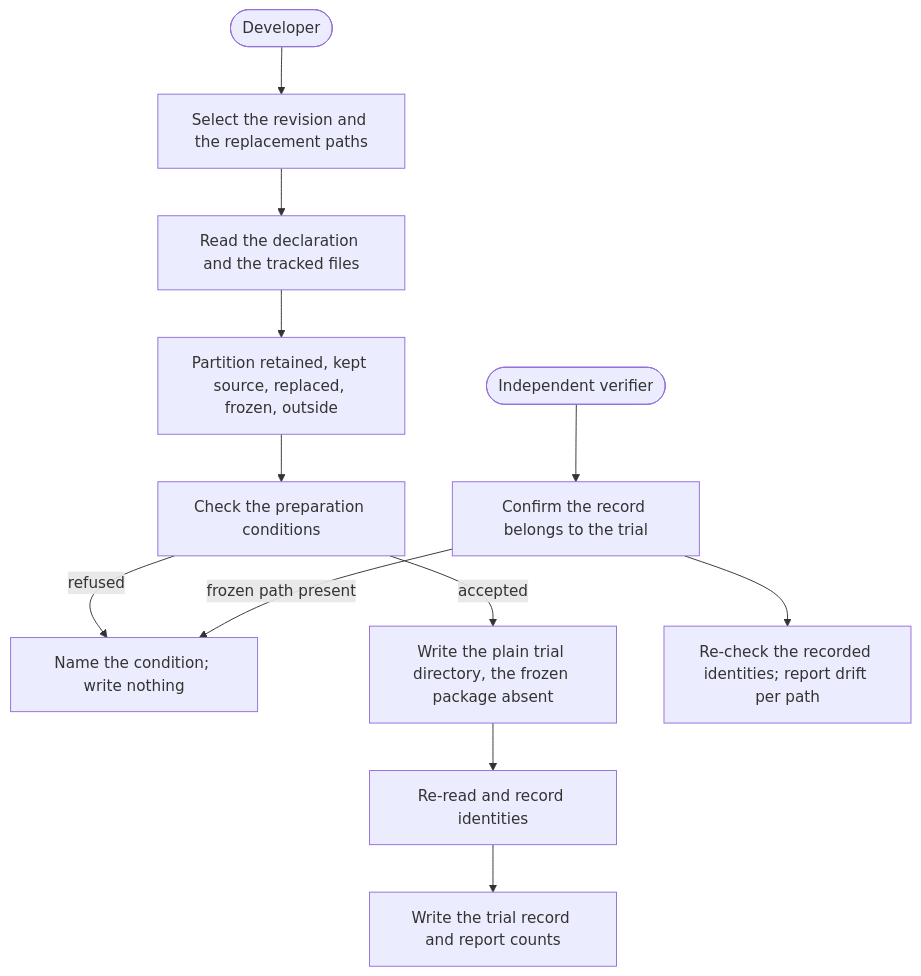
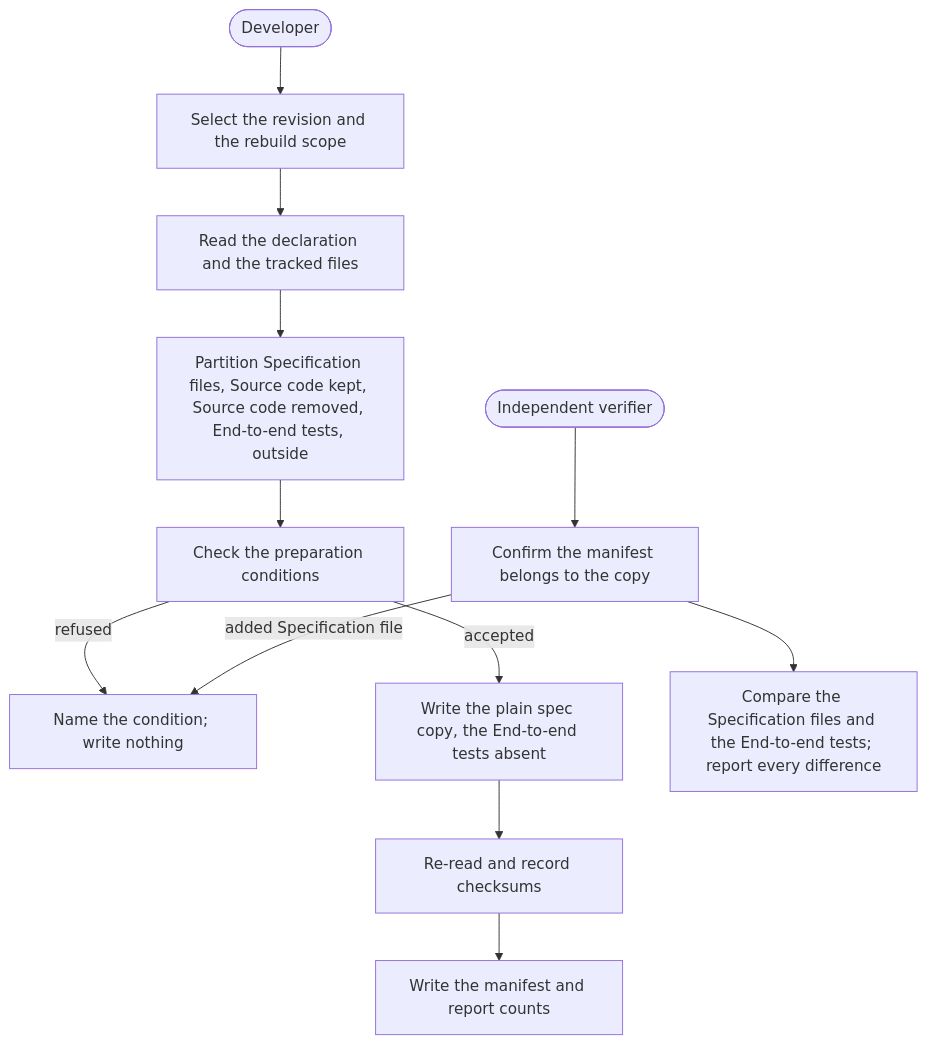
The diagram in givn/specs/prepare-an-ise-test/usecase.md (buster/givn), drawn with Mermaid before and after one commit. The commit also changed other lines of this file and 26 other files, not shown here.

````diff
--- a/givn/specs/prepare-an-ise-test/usecase.md
+++ b/givn/specs/prepare-an-ise-test/usecase.md
@@ -185,14 +207,14 @@
 ```mermaid
 flowchart TB
-  DEV([Developer]) --> SELECT["Select the revision and the replacement paths"]
+  DEV([Developer]) --> SELECT["Select the revision and the rebuild scope"]
   SELECT --> READ["Read the declaration and the tracked files"]
-  READ --> PARTITION["Partition retained, kept source, replaced, frozen, outside"]
+  READ --> PARTITION["Partition Specification files, Source code kept, Source code removed, End-to-end tests, outside"]
   PARTITION --> CHECK["Check the preparation conditions"]
   CHECK -->|refused| REFUSE["Name the condition; write nothing"]
-  CHECK -->|accepted| WRITE["Write the plain trial directory, the frozen package absent"]
-  WRITE --> IDENTIFY["Re-read and record identities"]
-  IDENTIFY --> RECORD["Write the trial record and report counts"]
-  VERIFIER([Independent verifier]) --> RECHECK["Confirm the record belongs to the trial"]
-  RECHECK -->|frozen path present| REFUSE
-  RECHECK --> DRIFT["Re-check the recorded identities; report drift per path"]
+  CHECK -->|accepted| WRITE["Write the plain spec copy, the End-to-end tests absent"]
+  WRITE --> IDENTIFY["Re-read and record checksums"]
+  IDENTIFY --> MANIFEST["Write the manifest and report counts"]
+  VERIFIER([Independent verifier]) --> COMPARE["Confirm the manifest belongs to the copy"]
+  COMPARE -->|added Specification file| REFUSE
+  COMPARE --> DIFF["Compare the Specification files and the End-to-end tests; report every difference"]
 ```
````
